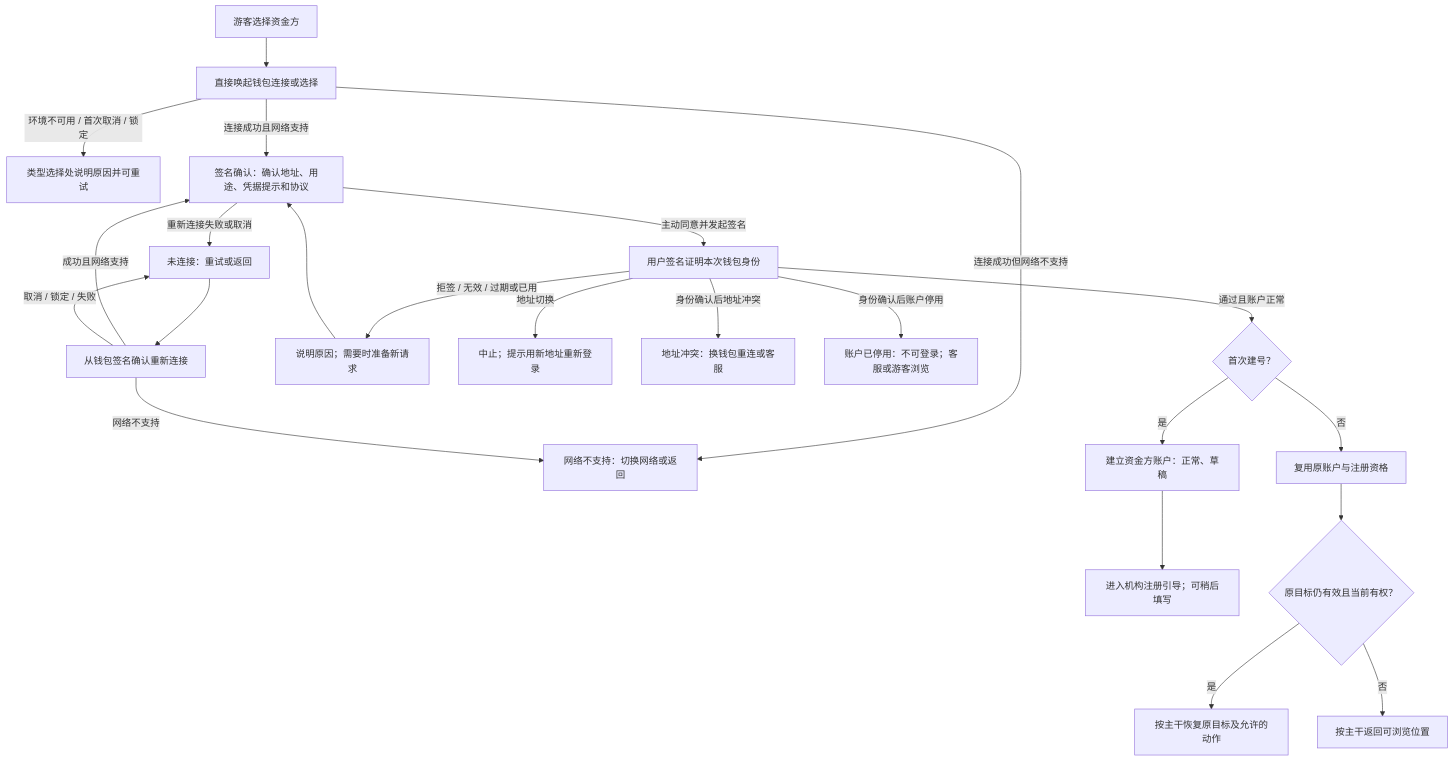
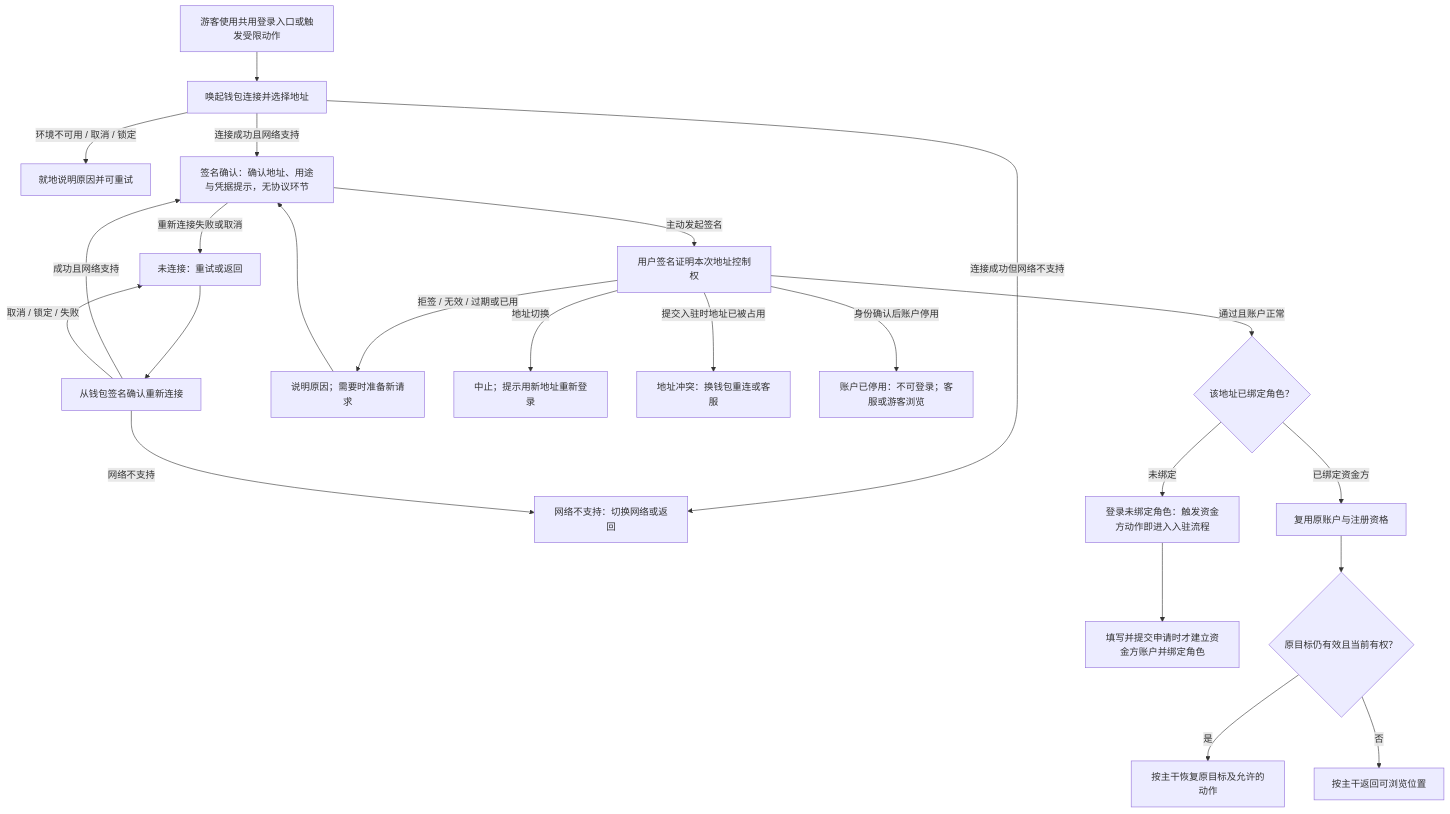
Before and after one commit to wxblockchain/Chain-Financing: the first of 9 diagrams in lending-platform/PRD/v2.0-登录与账户体系/02-资金方登录与账户体系-流程图与状态机.md, drawn with Mermaid. The commit also changed other lines of this file and 5 other files, not shown here.

````diff
--- a/lending-platform/PRD/v2.0-登录与账户体系/02-资金方登录与账户体系-流程图与状态机.md
+++ b/lending-platform/PRD/v2.0-登录与账户体系/02-资金方登录与账户体系-流程图与状态机.md
@@ -14,25 +14,25 @@
 ```mermaid
 flowchart TD
-    A[游客选择资金方] --> B[直接唤起钱包连接或选择]
-    B -->|环境不可用 / 首次取消 / 锁定| C[类型选择处说明原因并可重试]
+    A[游客使用共用登录入口或触发受限动作] --> B[唤起钱包连接并选择地址]
+    B -->|环境不可用 / 取消 / 锁定| C[就地说明原因并可重试]
     B -->|连接成功但网络不支持| D[网络不支持：切换网络或返回]
-    B -->|连接成功且网络支持| E[签名确认：确认地址、用途、凭据提示和协议]
+    B -->|连接成功且网络支持| E[签名确认：确认地址、用途与凭据提示，无协议环节]
     E -->|重新连接失败或取消| F[未连接：重试或返回]
     F --> R[从钱包签名确认重新连接]
     R -->|成功且网络支持| E
     R -->|取消 / 锁定 / 失败| F
     R -->|网络不支持| D
-    E -->|主动同意并发起签名| G[用户签名证明本次钱包身份]
+    E -->|主动发起签名| G[用户签名证明本次地址控制权]
     G -->|拒签 / 无效 / 过期或已用| H[说明原因；需要时准备新请求]
     H --> E
     G -->|地址切换| I[中止；提示用新地址重新登录]
-    G -->|身份确认后地址冲突| J[地址冲突：换钱包重连或客服]
+    G -->|提交入驻时地址已被占用| J[地址冲突：换钱包重连或客服]
     G -->|身份确认后账户停用| K[账户已停用：不可登录；客服或游客浏览]
-    G -->|通过且账户正常| L{首次建号？}
-    L -->|是| M[建立资金方账户：正常、草稿]
-    M --> N[进入机构注册引导；可稍后填写]
-    L -->|否| O[复用原账户与注册资格]
+    G -->|通过且账户正常| L{该地址已绑定角色？}
+    L -->|未绑定| M[登录未绑定角色：触发资金方动作即进入入驻流程]
+    M --> N[填写并提交申请时才建立资金方账户并绑定角色]
+    L -->|已绑定资金方| O[复用原账户与注册资格]
     O --> P{原目标仍有效且当前有权？}
     P -->|是| Q[按主干恢复原目标及允许的动作]
     P -->|否| Z[按主干返回可浏览位置]
 ```
````
